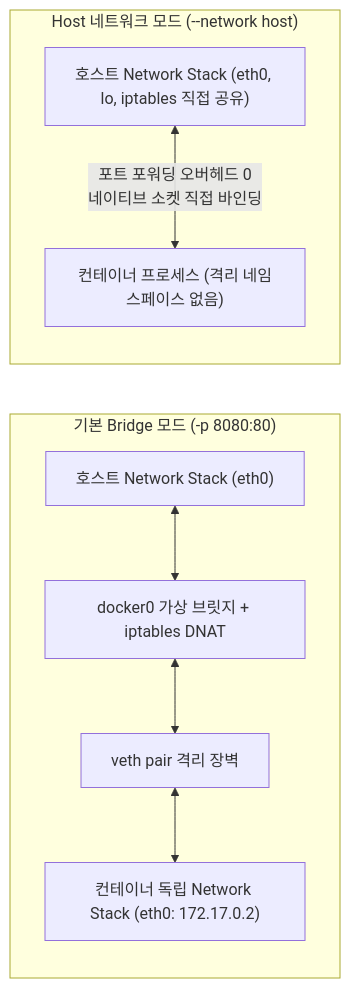
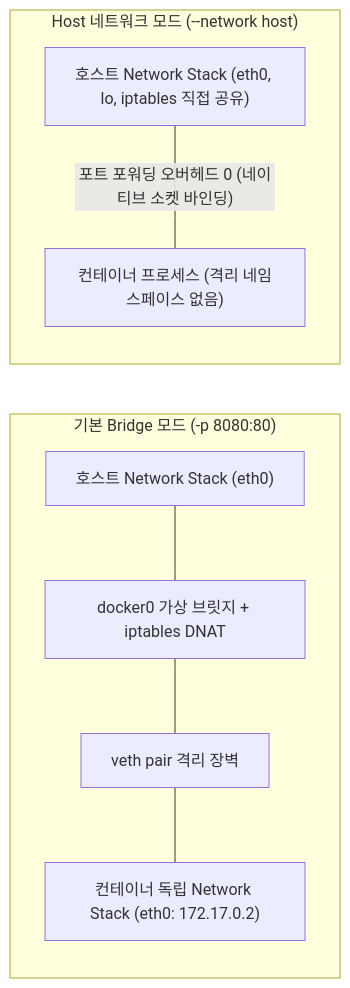
The second of 2 diagrams in _posts/Docker/Network/2026-06-07-docker-port-mapping-expose-host-network.md (cmsong111/blog), drawn with Mermaid before and after one commit. The commit also changed other lines of this file and 96 other files, not shown here.

````diff
--- a/_posts/Docker/Network/2026-06-07-docker-port-mapping-expose-host-network.md
+++ b/_posts/Docker/Network/2026-06-07-docker-port-mapping-expose-host-network.md
@@ -128,18 +127,17 @@
 ```mermaid
 flowchart LR
     subgraph BridgeMode ["기본 Bridge 모드 (-p 8080:80)"]
         direction TB
         B_Host["호스트 Network Stack (eth0)"]
         B_Bridge["docker0 가상 브릿지 + iptables DNAT"]
         B_Veth["veth pair 격리 장벽"]
         B_Cont["컨테이너 독립 Network Stack (eth0: 172.17.0.2)"]
-        B_Host <--> B_Bridge <--> B_Veth <--> B_Cont
+        B_Host --- B_Bridge --- B_Veth --- B_Cont
     end
-
     subgraph HostMode ["Host 네트워크 모드 (--network host)"]
         direction TB
         H_Host["호스트 Network Stack (eth0, lo, iptables 직접 공유)"]
         H_Cont["컨테이너 프로세스 (격리 네임스페이스 없음)"]
-        H_Host <-->|"포트 포워딩 오버헤드 0<br/>네이티브 소켓 직접 바인딩"| H_Cont
+        H_Host ---|"포트 포워딩 오버헤드 0 (네이티브 소켓 바인딩)"| H_Cont
     end
 ```
````
